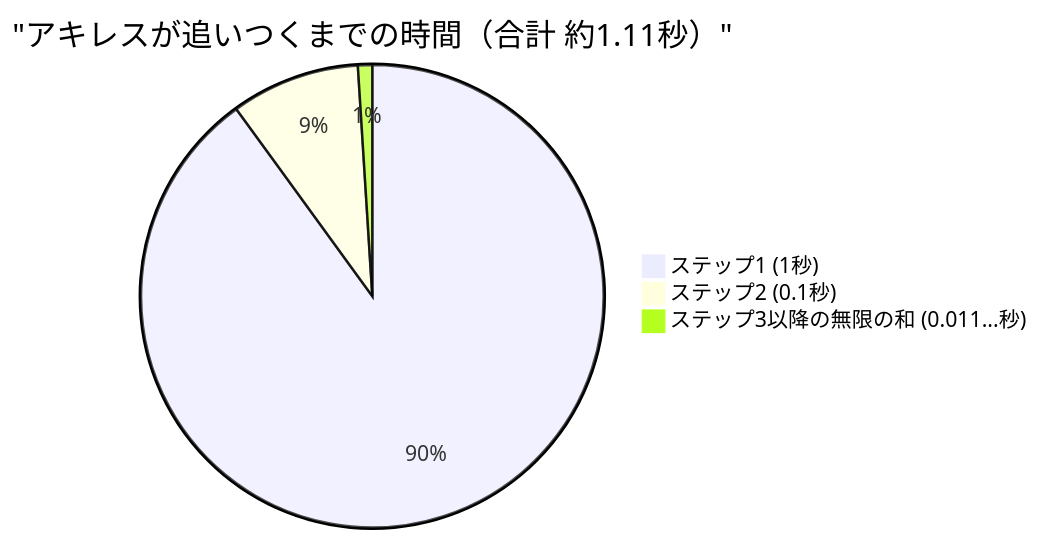
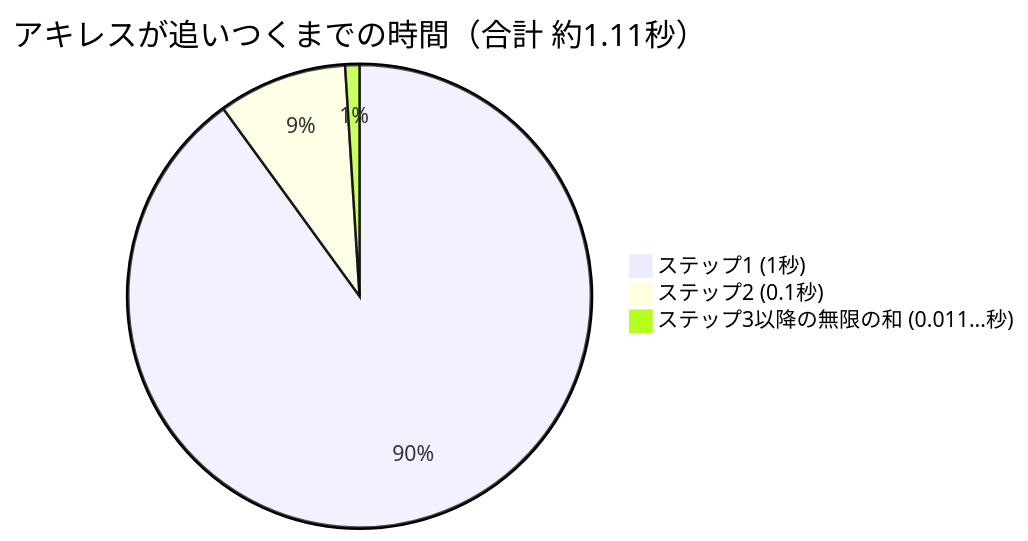
Before and after one commit to kenjinote/blog: the second of 2 diagrams in content/post/アキレスと亀/index.md, drawn with Mermaid. The commit also changed other lines of this file and 703 other files, not shown here.

Commit message:
Fix: Remove quotes from Mermaid link texts and timeline definitions to support Mermaid 11.4.1

````diff
--- a/content/post/アキレスと亀/index.md
+++ b/content/post/アキレスと亀/index.md
@@ -116,6 +116,6 @@
 ```mermaid
-pie title "アキレスが追いつくまでの時間（合計 約1.11秒）"
+pie title アキレスが追いつくまでの時間（合計 約1.11秒）
     "ステップ1 (1秒)" : 90
     "ステップ2 (0.1秒)" : 9
     "ステップ3以降の無限の和 (0.011...秒)" : 1
 ```
````
